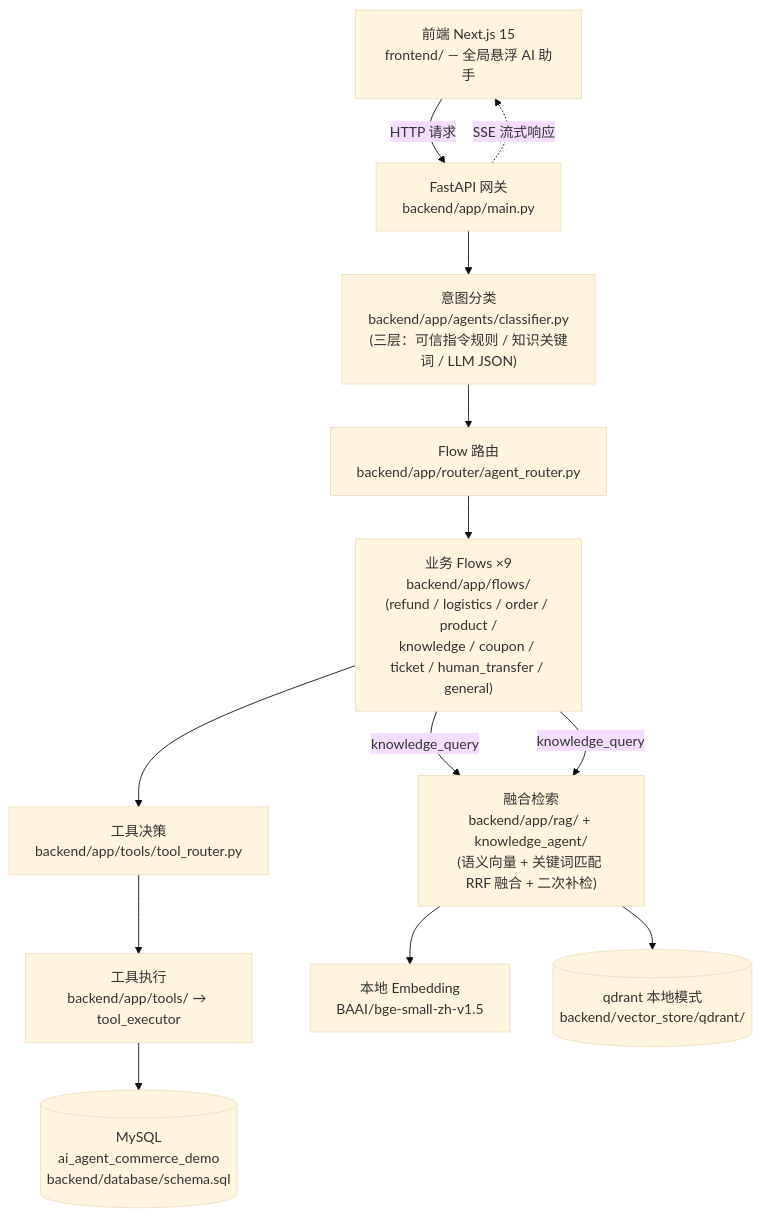
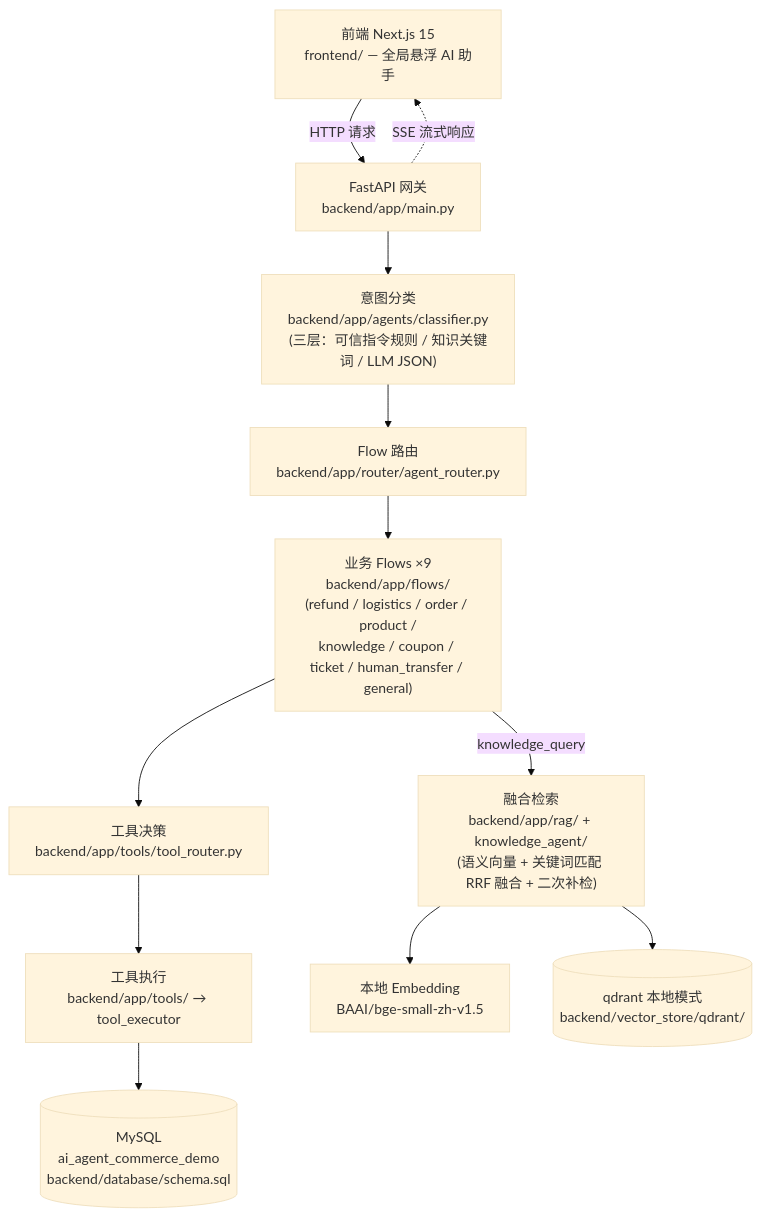
The diagram in README.md (chlniubi23/ecommerce-ai-customer-service-agent), drawn with Mermaid (base theme) before and after one commit. The commit also changed other lines of this file and 3 other files, not shown here.

Commit message:
fix(docs): 架构图预渲染为SVG入库——GitHub端JS渲染enrichment不触发导致源码裸奔，图片引用不依赖访客JS；顺带清理重复的knowledge_query边

````diff
--- a/README.md
+++ b/README.md
@@ -32,24 +37,23 @@
 ```mermaid
 graph TB
     FE["前端 Next.js 15<br/>frontend/ — 全局悬浮 AI 助手"]
     API["FastAPI 网关<br/>backend/app/main.py"]
     CLS["意图分类<br/>backend/app/agents/classifier.py<br/>(三层：可信指令规则 / 知识关键词 / LLM JSON)"]
     ROUTER["Flow 路由<br/>backend/app/router/agent_router.py"]
     FLOWS["业务 Flows ×9<br/>backend/app/flows/<br/>(refund / logistics / order / product /<br/>knowledge / coupon / ticket / human_transfer / general)"]
     TR["工具决策<br/>backend/app/tools/tool_router.py"]
     TOOLS["工具执行<br/>backend/app/tools/ → tool_executor"]
     DB[("MySQL<br/>ai_agent_commerce_demo<br/>backend/database/schema.sql")]
     RET["融合检索<br/>backend/app/rag/ + knowledge_agent/<br/>(语义向量 + 关键词匹配 RRF 融合 + 二次补检)"]
     EMB["本地 Embedding<br/>BAAI/bge-small-zh-v1.5"]
     QD[("qdrant 本地模式<br/>backend/vector_store/qdrant/")]
 
     FE -->|HTTP 请求| API
     API --> CLS --> ROUTER --> FLOWS
     FLOWS --> TR --> TOOLS
     TOOLS --> DB
     FLOWS -->|knowledge_query| RET
-    FLOWS -->|knowledge_query| RET
     RET --> EMB
     RET --> QD
     API -.->|SSE 流式响应| FE
 ```
````
